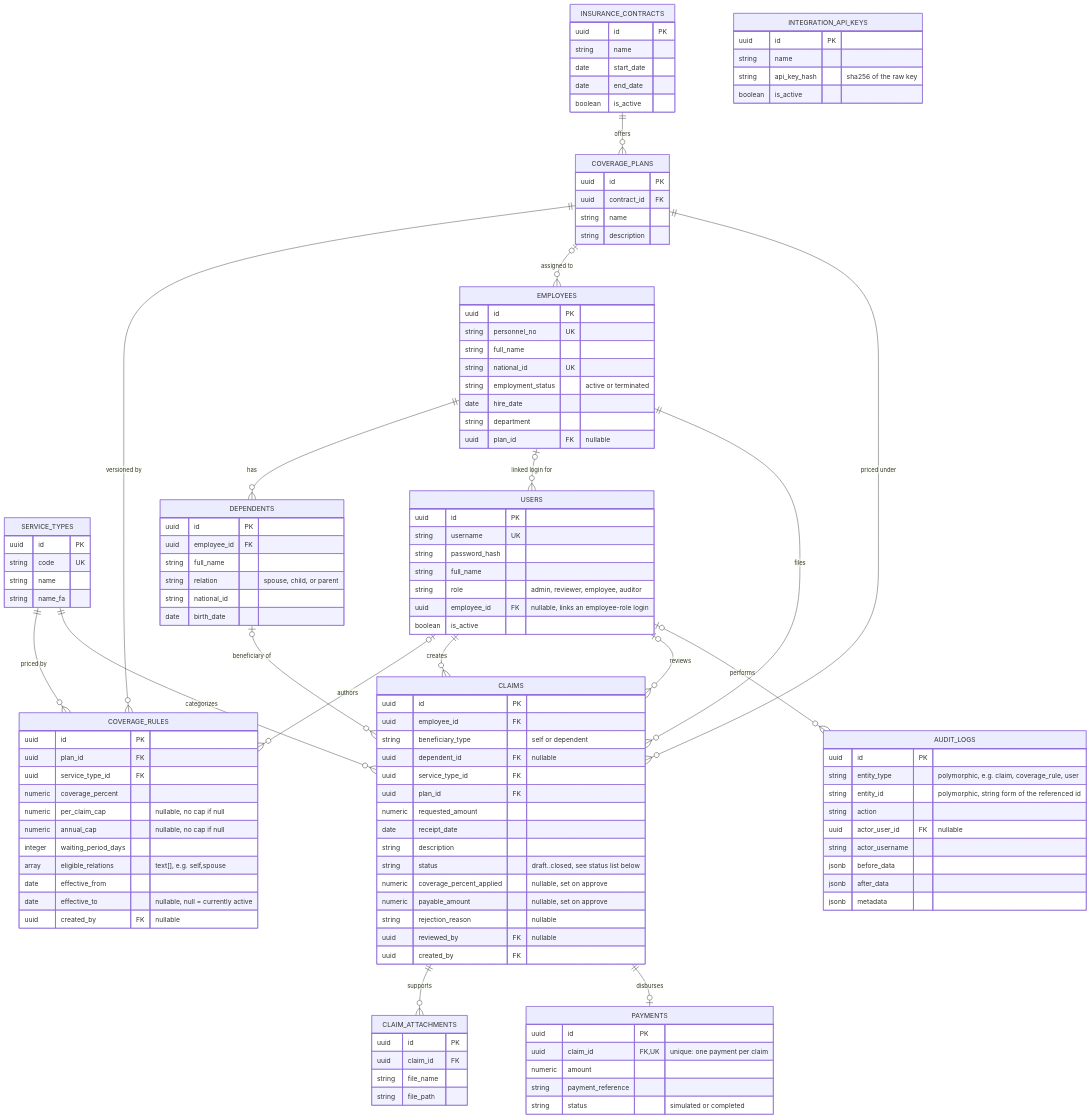
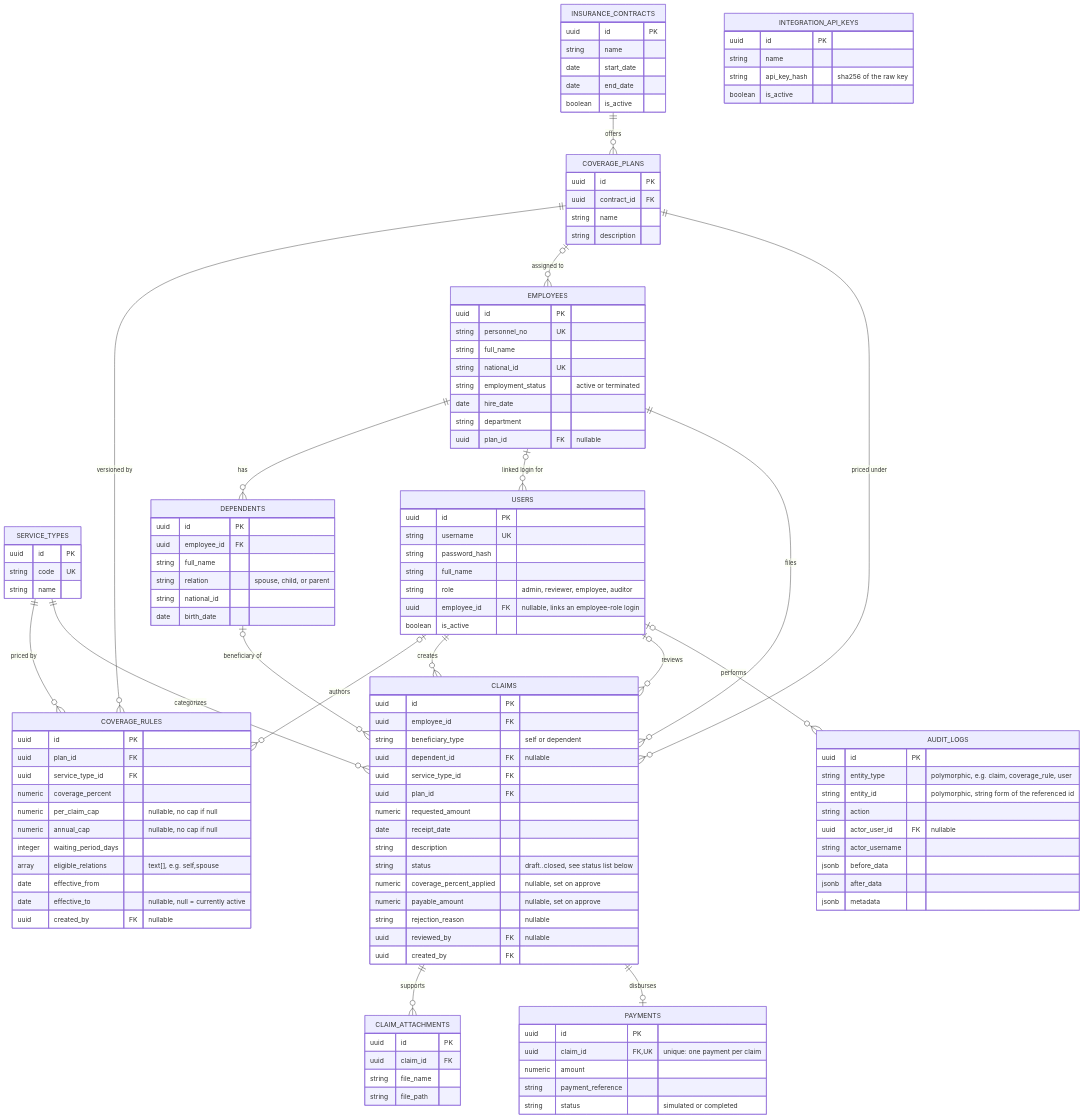
One commit to SaeedMPro/fp-insurance-module changed the diagram in docs/ERD.md. Above: the diagram before and after it, drawn with Mermaid. The commit also changed other lines of this file and 37 other files, not shown here.

```diff
--- a/docs/ERD.md
+++ b/docs/ERD.md
@@ -29,7 +29,6 @@
         uuid id PK
         string code UK
         string name
-        string name_fa
     }
 
     COVERAGE_RULES {
```
